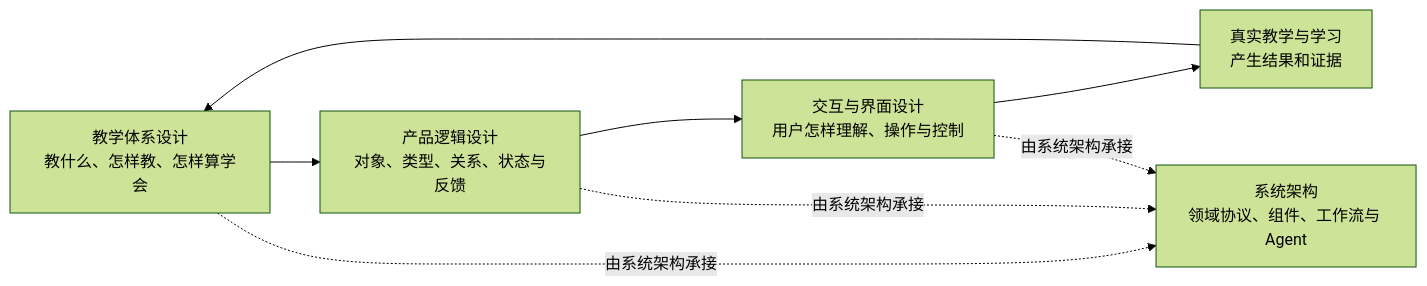
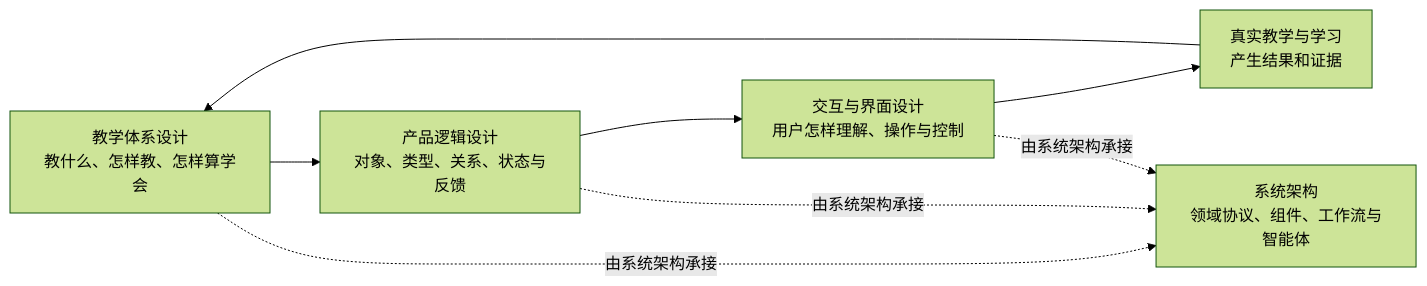
One commit to elgoog577215-beep/hackthon changed the first of 3 diagrams in docs/产品蓝图.md. Above: the diagram before and after it, drawn with Mermaid (forest theme). The commit also changed other lines of this file, not shown here.

````diff
--- a/docs/产品蓝图.md
+++ b/docs/产品蓝图.md
@@ -35,10 +35,10 @@
 ```mermaid
 flowchart LR
     A["教学体系设计<br/>教什么、怎样教、怎样算学会"] --> B["产品逻辑设计<br/>对象、类型、关系、状态与反馈"]
     B --> C["交互与界面设计<br/>用户怎样理解、操作与控制"]
     C --> D["真实教学与学习<br/>产生结果和证据"]
     D --> A
-    A -.由系统架构承接.-> E["系统架构<br/>领域协议、组件、工作流与 Agent"]
+    A -.由系统架构承接.-> E["系统架构<br/>领域协议、组件、工作流与智能体"]
     B -.由系统架构承接.-> E
     C -.由系统架构承接.-> E
 ```
````
